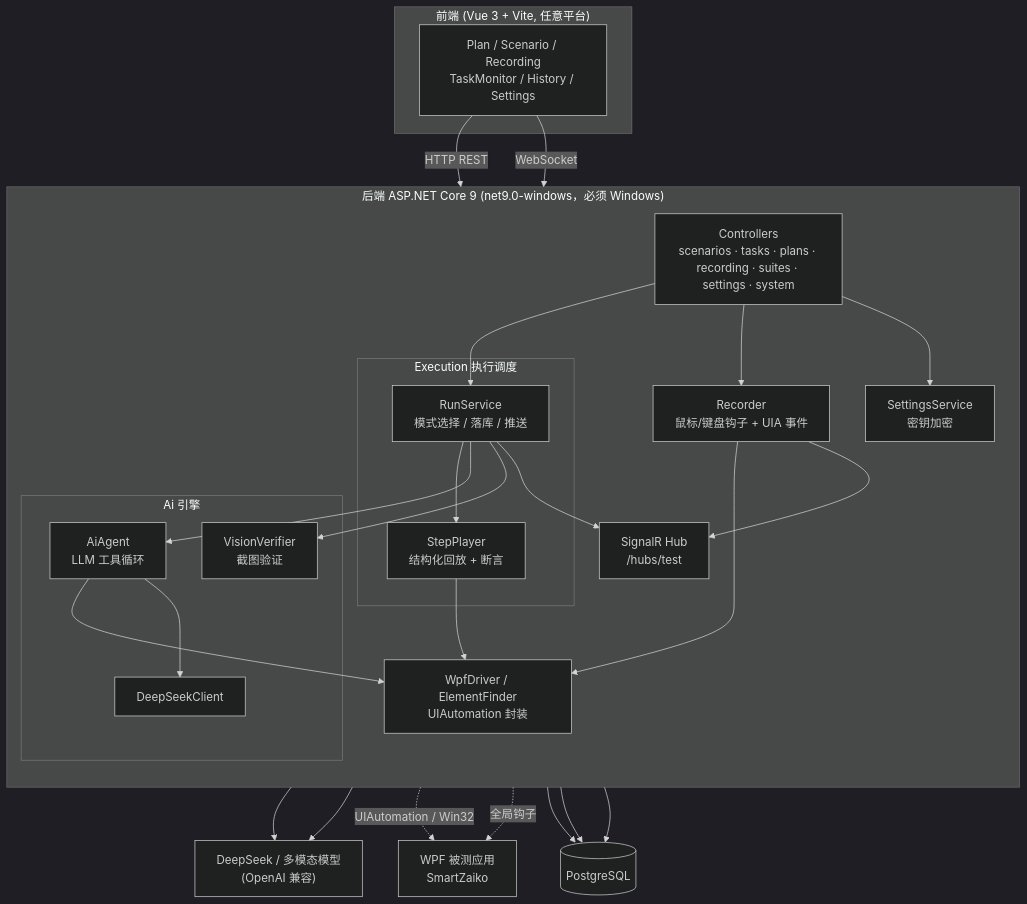
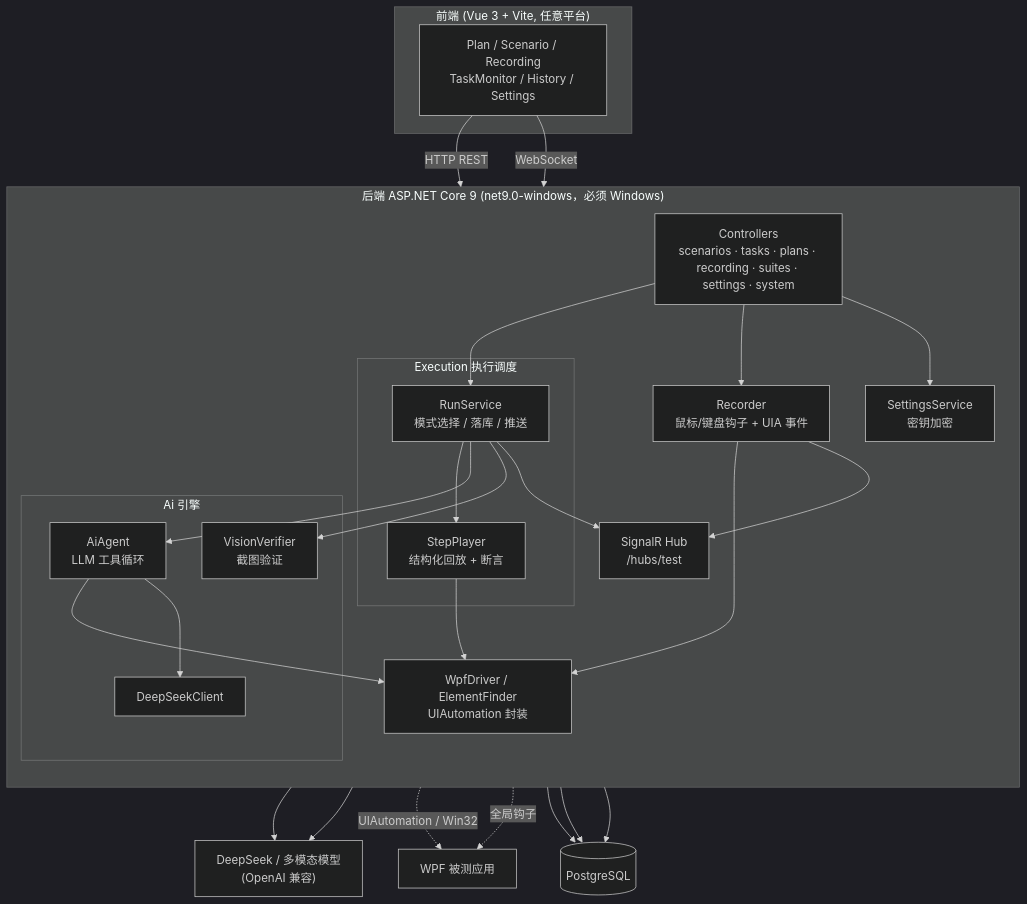
One commit to SmileL1/TestPlatform changed the first of 4 diagrams in docs/architecture.md. Above: the diagram before and after it, drawn with Mermaid (dark theme). The commit also changed other lines of this file and 4 other files, not shown here.

````diff
--- a/docs/architecture.md
+++ b/docs/architecture.md
@@ -24,50 +23,50 @@
 ```mermaid
 flowchart TB
     subgraph FE["前端 (Vue 3 + Vite, 任意平台)"]
         UI["Plan / Scenario / Recording<br/>TaskMonitor / History / Settings"]
     end
 
     subgraph BE["后端 ASP.NET Core 9 (net9.0-windows，必须 Windows)"]
         direction TB
         CTRL["Controllers<br/>scenarios · tasks · plans · recording · suites · settings · system"]
         HUB["SignalR Hub<br/>/hubs/test"]
         subgraph EXEC["Execution 执行调度"]
             RUN["RunService<br/>模式选择 / 落库 / 推送"]
             PLAYER["StepPlayer<br/>结构化回放 + 断言"]
         end
         subgraph AI["Ai 引擎"]
             AGENT["AiAgent<br/>LLM 工具循环"]
             DS["DeepSeekClient"]
             VIS["VisionVerifier<br/>截图验证"]
         end
         REC["Recorder<br/>鼠标/键盘钩子 + UIA 事件"]
         WPF["WpfDriver / ElementFinder<br/>UIAutomation 封装"]
         SET["SettingsService<br/>密钥加密"]
     end
 
     DB[("PostgreSQL")]
-    SUT["WPF 被测应用<br/>SmartZaiko"]
+    SUT["WPF 被测应用"]
     LLM["DeepSeek / 多模态模型<br/>(OpenAI 兼容)"]
 
     UI -- "HTTP REST" --> CTRL
     UI -- "WebSocket" --> HUB
     CTRL --> RUN
     CTRL --> REC
     CTRL --> SET
     RUN --> PLAYER
     RUN --> AGENT
     RUN --> VIS
     PLAYER --> WPF
     AGENT --> WPF
     AGENT --> DS
     REC --> WPF
     DS --> LLM
     VIS --> LLM
     WPF -. "UIAutomation / Win32" .-> SUT
     REC -. "全局钩子" .-> SUT
     RUN --> HUB
     REC --> HUB
     CTRL --> DB
     RUN --> DB
     SET --> DB
 ```
````
